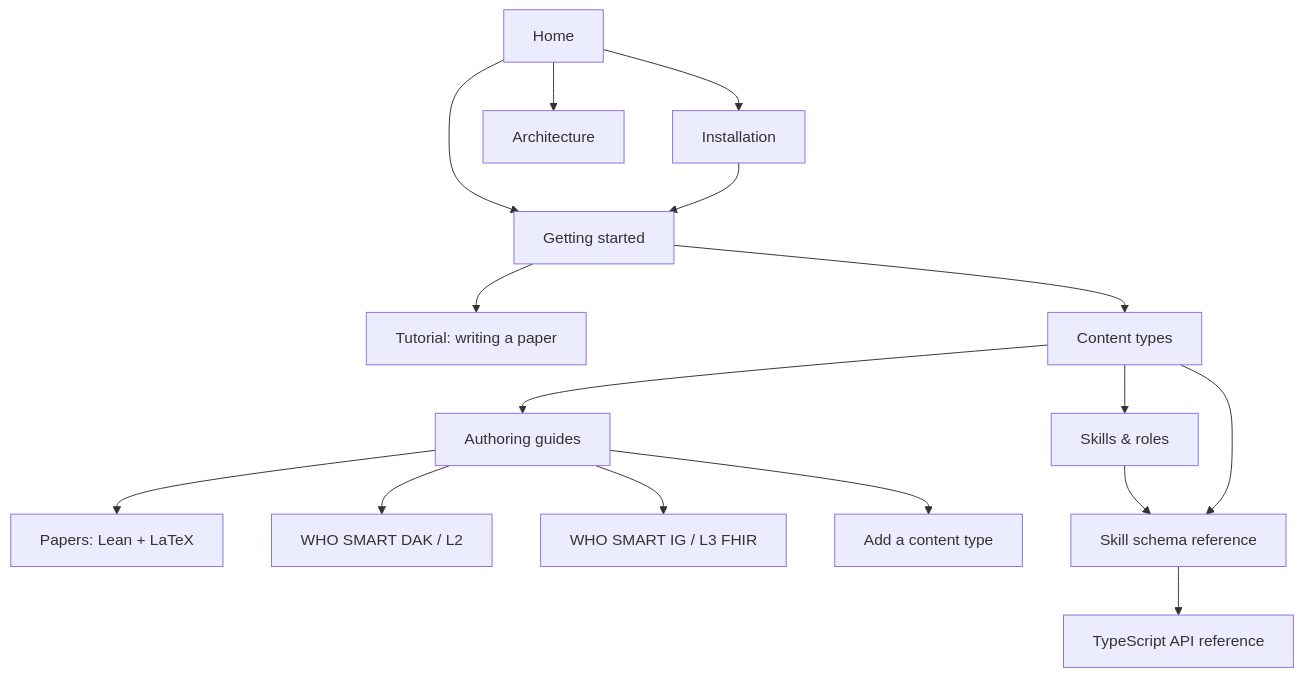
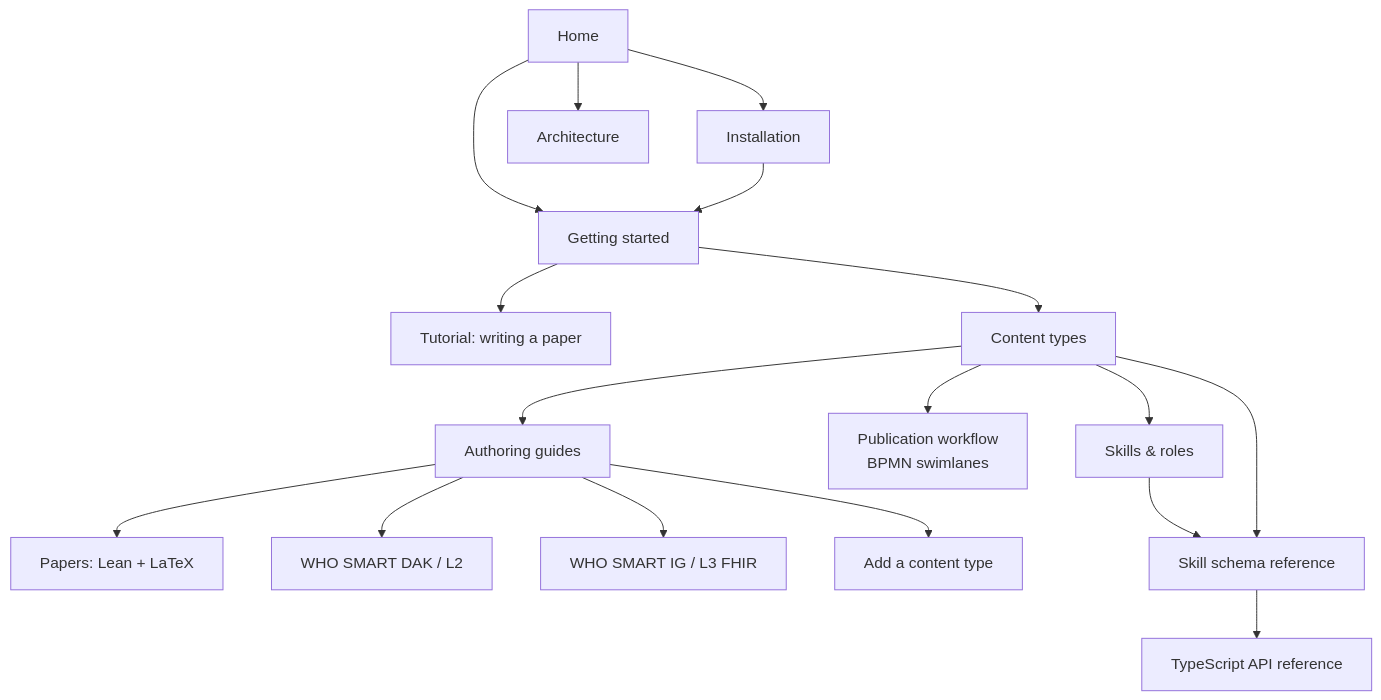
Before and after one commit to litlfred/folio-assistant: the second of 2 diagrams in docs/index.md, drawn with Mermaid. The commit also changed other lines of this file and 19 other files, not shown here.

````diff
--- a/docs/index.md
+++ b/docs/index.md
@@ -77,32 +80,34 @@
 ```mermaid
 flowchart TD
     Home --> Install[Installation]
     Home --> GS[Getting started]
     Install --> GS
     GS --> Tut[Tutorial: writing a paper]
     GS --> CT[Content types]
     CT --> Skills[Skills & roles]
+    CT --> WF[Publication workflow<br/>BPMN swimlanes]
     CT --> Guides[Authoring guides]
     Guides --> Paper[Papers: Lean + LaTeX]
     Guides --> DAK[WHO SMART DAK / L2]
     Guides --> IG[WHO SMART IG / L3 FHIR]
     Guides --> New[Add a content type]
     Skills --> Ref[Skill schema reference]
     CT --> Ref
     Ref --> API[TypeScript API reference]
     Home --> Arch[Architecture]
 
     click Skills "skills.html" "Skills & roles"
+    click WF "publication-workflow.html" "Publication workflow (BPMN)"
     click Install "installation.html" "Installation"
     click GS "getting-started.html" "Getting started"
     click Tut "guides/writing-a-paper.html" "Tutorial: writing a paper"
     click CT "content-types.html" "Content types"
     click Guides "guides/" "Authoring guides"
     click Paper "guides/writing-a-paper.html" "Papers: Lean + LaTeX"
     click DAK "guides/who-smart-dak.html" "WHO SMART DAK (L2)"
     click IG "guides/who-smart-ig.html" "WHO SMART IG (L3 FHIR)"
     click New "guides/new-content-type.html" "Add a content type"
     click Ref "reference/skills/" "Skill schema reference"
     click API "api/" "TypeScript API reference"
     click Arch "architecture.html" "Architecture"
 ```
````
